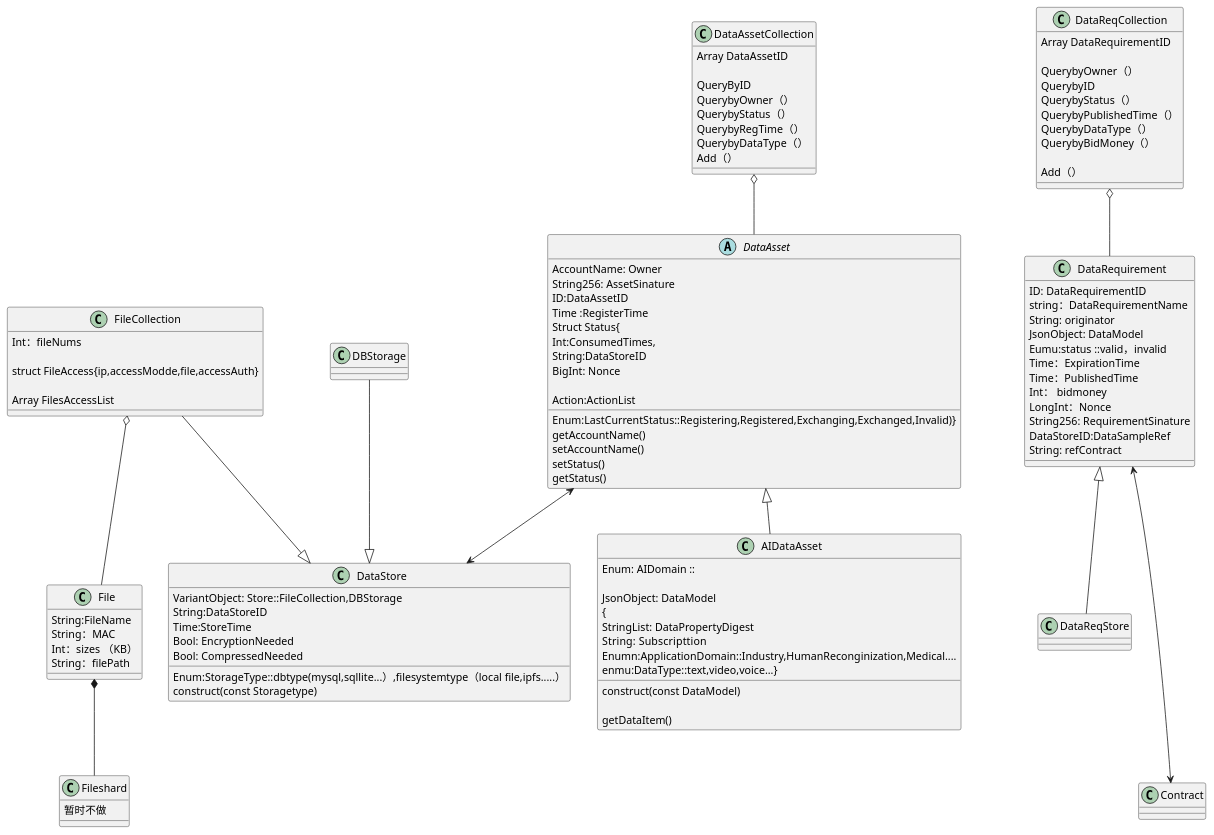
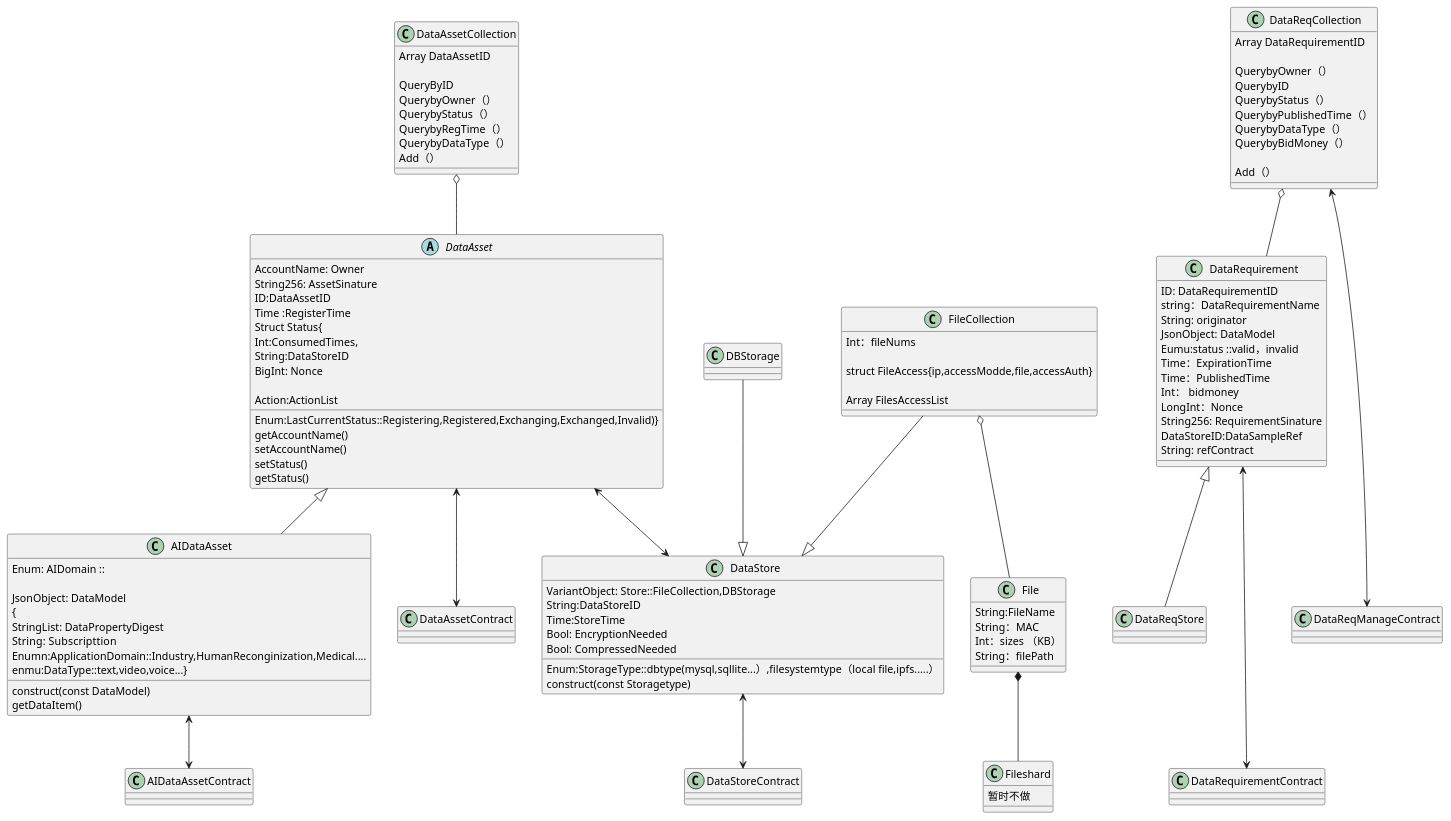
The diagram in design/Class-AIData.puml (bottos-project/magiccube), drawn with PlantUML before and after one commit. The commit also changed 2 other files, not shown here.

```diff
--- a/design/Class-AIData.puml
+++ b/design/Class-AIData.puml
@@ -1,130 +1,135 @@
 @startuml
 
 abstract DataAsset{
   AccountName: Owner
   String256: AssetSinature
   ID:DataAssetID
   Time :RegisterTime
   Struct Status{
   Int:ConsumedTimes,
   Enum:LastCurrentStatus::Registering,Registered,Exchanging,Exchanged,Invalid)}
   String:DataStoreID
   BigInt: Nonce
 
   Action:ActionList
   getAccountName()
   setAccountName()
   setStatus()
   getStatus()
 }
 
 
 class AIDataAsset{
 
+
  Enum: AIDomain ::
 
  JsonObject: DataModel
  {
    StringList: DataPropertyDigest
    String:  Subscripttion
    Enumn:ApplicationDomain::Industry,HumanReconginization,Medical....
    enmu:DataType::text,video,voice...}
 
   construct(const DataModel)
-
   getDataItem()
 
 }
 
 class DataStore{
 
 
   Enum:StorageType::dbtype(mysql,sqllite...）,filesystemtype（local file,ipfs.....）
   VariantObject: Store::FileCollection,DBStorage
   String:DataStoreID
   Time:StoreTime
   Bool: EncryptionNeeded
   Bool: CompressedNeeded
   construct(const Storagetype)
 
 }
 
 class File{
   String:FileName
   String：MAC
   Int：sizes （KB）
   String：filePath
 
 }
 class DataRequirement{
    ID: DataRequirementID
    string：DataRequirementName
    String: originator
    JsonObject: DataModel
    Eumu:status ::valid，invalid
    Time：ExpirationTime
    Time：PublishedTime
    Int： bidmoney
    LongInt：Nonce
    String256: RequirementSinature
    DataStoreID:DataSampleRef
    String: refContract
 
 }
 class DataAssetCollection{
 Array DataAssetID
 
 QueryByID
 QuerybyOwner（）
 QuerybyStatus（）
 QuerybyRegTime（）
 QuerybyDataType（）
 Add（）
 
 }
 
 class FileCollection{
 
    Int：fileNums
 
    struct FileAccess{ip,accessModde,file,accessAuth}
 
    Array FilesAccessList
 
 }
 
 class Fileshard{
 暂时不做
 }
 
 class DataReqStore
 class DataReqCollection{
 Array DataRequirementID
 
 QuerybyOwner（）
 QuerybyID
 QuerybyStatus（）
 QuerybyPublishedTime（）
 QuerybyDataType（）
 QuerybyBidMoney（）
 
 Add（）
 }
 class DBStorage
 
 
 DataAsset <|--AIDataAsset
 DataAssetCollection  o-- DataAsset
 DataAsset <-->DataStore
 FileCollection --|> DataStore
 DBStorage --|> DataStore
 FileCollection o--File
 File *-- Fileshard
 
 DataReqCollection o-- DataRequirement
 
 DataRequirement <|-- DataReqStore
 
-DataRequirement<--->Contract
+DataRequirement<--->DataRequirementContract
+DataReqCollection<--->DataReqManageContract
+
+DataStore<-->DataStoreContract
+DataAsset<-->DataAssetContract
+AIDataAsset<-->AIDataAssetContract
 
 @enduml
```
